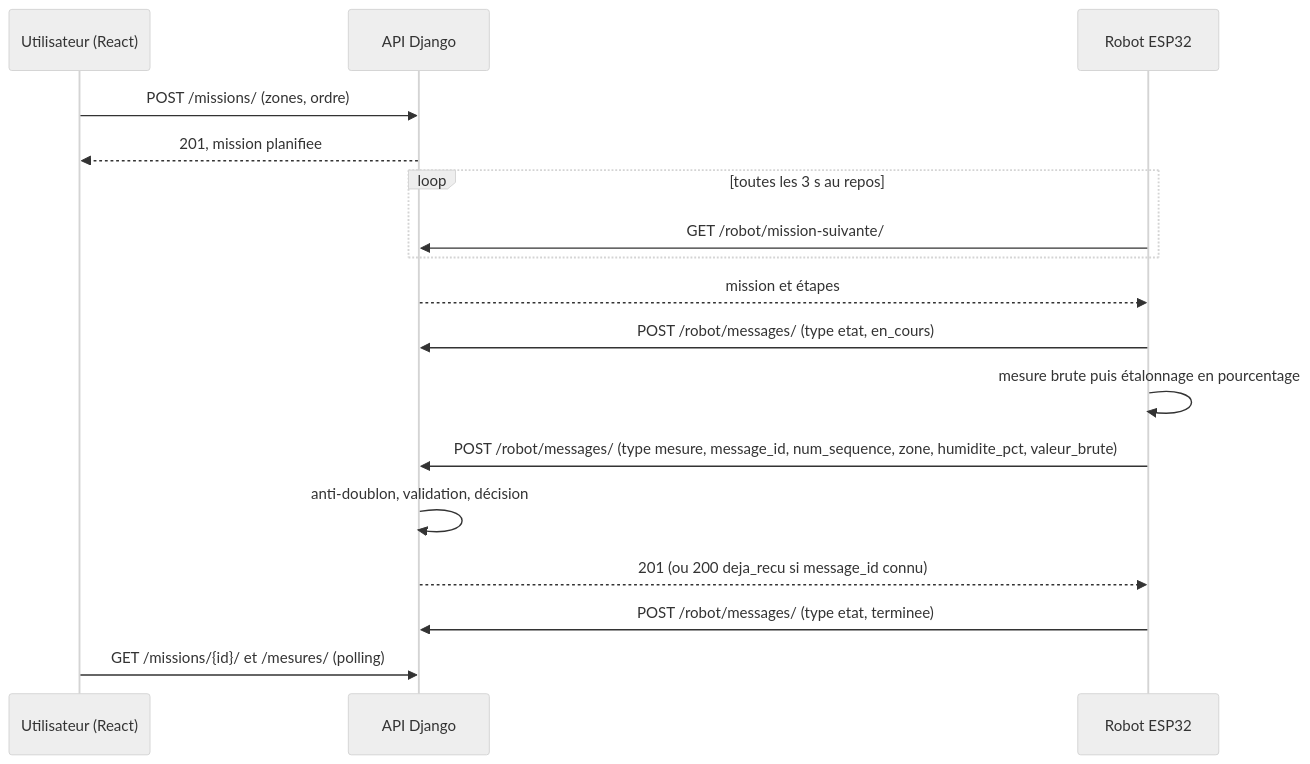
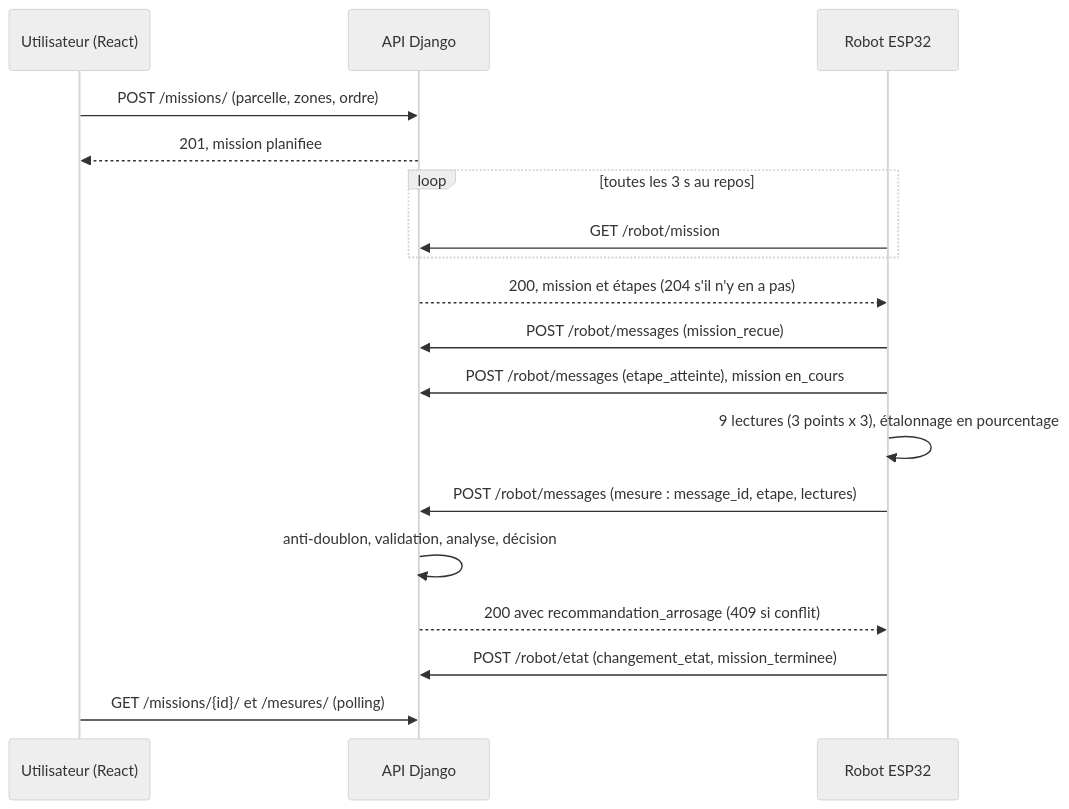
The second of 2 diagrams in docs/conception/architecture.md (jijidiya/atlantis-roboAgri), drawn with Mermaid (neutral theme) before and after one commit. The commit also changed other lines of this file, not shown here.

Commit message:
docs : actualise architecture.md

````diff
--- a/docs/conception/architecture.md
+++ b/docs/conception/architecture.md
@@ -60,20 +64,21 @@
 ```mermaid
 sequenceDiagram
   participant U as Utilisateur (React)
   participant A as API Django
   participant R as Robot ESP32
 
-  U->>A: POST /missions/ (zones, ordre)
+  U->>A: POST /missions/ (parcelle, zones, ordre)
   A-->>U: 201, mission planifiee
   loop toutes les 3 s au repos
-    R->>A: GET /robot/mission-suivante/
+    R->>A: GET /robot/mission
   end
-  A-->>R: mission et étapes
-  R->>A: POST /robot/messages/ (type etat, en_cours)
-  R->>R: mesure brute puis étalonnage en pourcentage
-  R->>A: POST /robot/messages/ (type mesure, message_id, num_sequence, zone, humidite_pct, valeur_brute)
-  A->>A: anti-doublon, validation, décision
-  A-->>R: 201 (ou 200 deja_recu si message_id connu)
-  R->>A: POST /robot/messages/ (type etat, terminee)
+  A-->>R: 200, mission et étapes (204 s'il n'y en a pas)
+  R->>A: POST /robot/messages (mission_recue)
+  R->>A: POST /robot/messages (etape_atteinte), mission en_cours
+  R->>R: 9 lectures (3 points x 3), étalonnage en pourcentage
+  R->>A: POST /robot/messages (mesure : message_id, etape, lectures)
+  A->>A: anti-doublon, validation, analyse, décision
+  A-->>R: 200 avec recommandation_arrosage (409 si conflit)
+  R->>A: POST /robot/etat (changement_etat, mission_terminee)
   U->>A: GET /missions/{id}/ et /mesures/ (polling)
 ```
````
